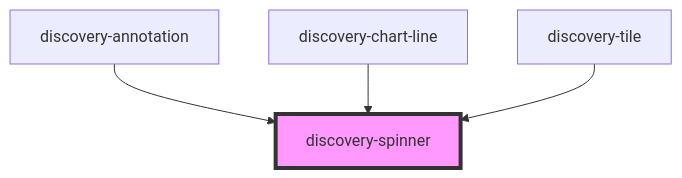
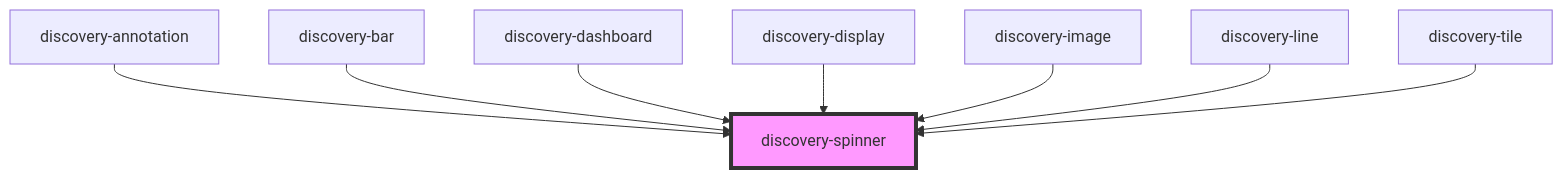
One commit to senx/discovery-widgets changed the diagram in src/components/discovery-spinner/readme.md. Above: the diagram before and after it, drawn with Mermaid. The commit also changed other lines of this file and 15 other files, not shown here.

````diff
--- a/src/components/discovery-spinner/readme.md
+++ b/src/components/discovery-spinner/readme.md
@@ -24,7 +28,11 @@
 ```mermaid
 graph TD;
   discovery-annotation --> discovery-spinner
-  discovery-chart-line --> discovery-spinner
+  discovery-bar --> discovery-spinner
+  discovery-dashboard --> discovery-spinner
+  discovery-display --> discovery-spinner
+  discovery-image --> discovery-spinner
+  discovery-line --> discovery-spinner
   discovery-tile --> discovery-spinner
   style discovery-spinner fill:#f9f,stroke:#333,stroke-width:4px
 ```
````
